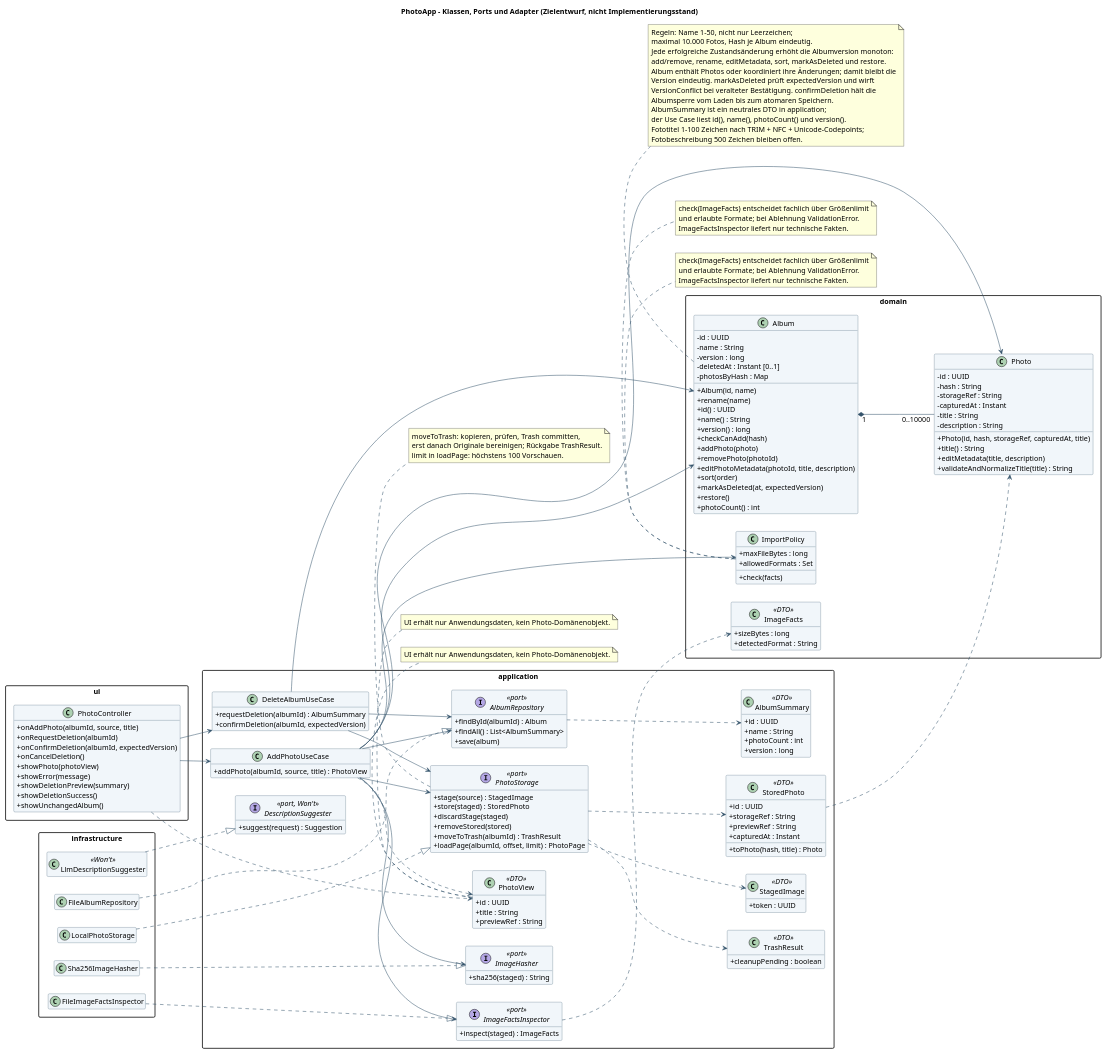
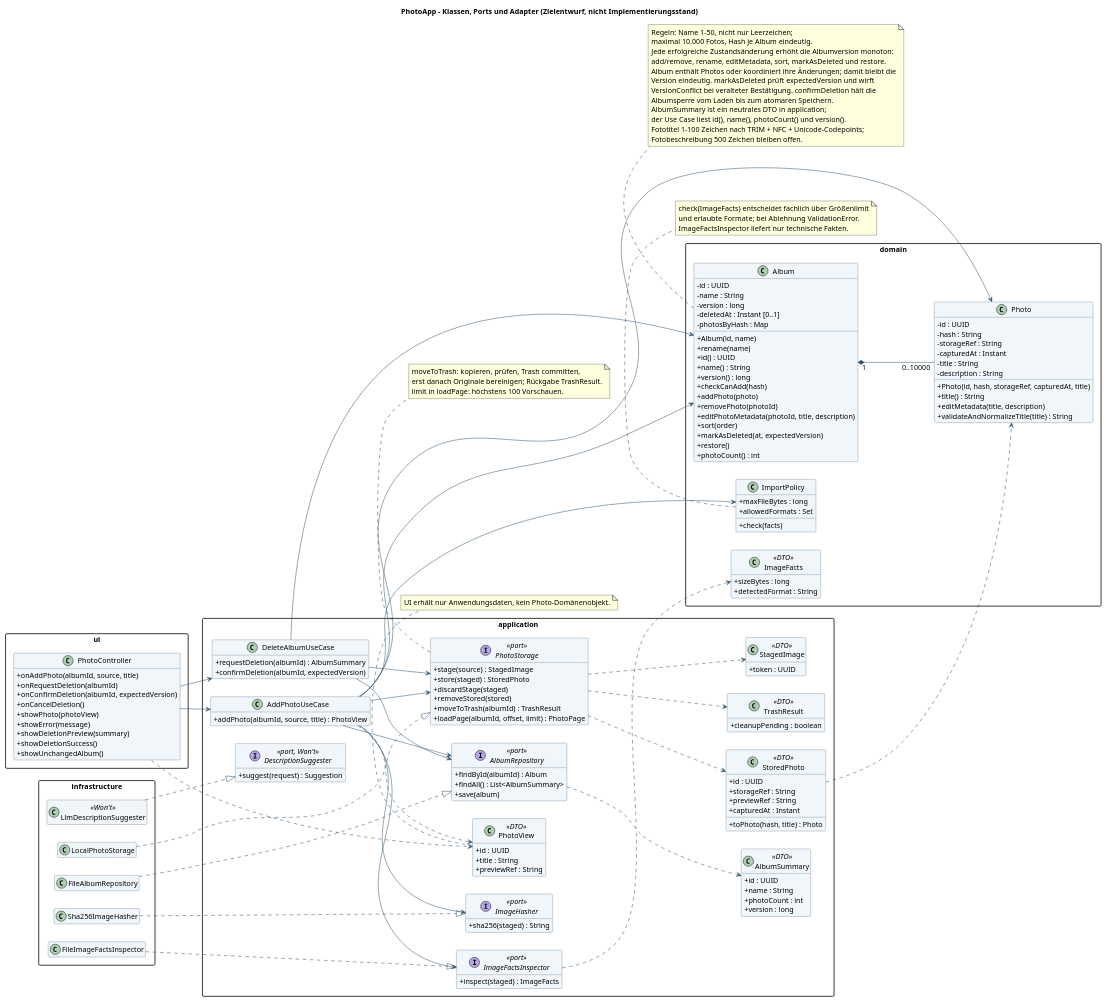
Before and after one commit to ichessebaeume1/PhotoApp: the diagram in docs/design/klassen.puml, drawn with PlantUML. The commit also changed 4 other files, not shown here.

```diff
--- a/docs/design/klassen.puml
+++ b/docs/design/klassen.puml
@@ -1,193 +1,185 @@
 @startuml
 skinparam backgroundColor white
 skinparam shadowing false
 skinparam defaultFontName SansSerif
 skinparam defaultFontSize 14
 skinparam classAttributeIconSize 0
 skinparam packageStyle rectangle
 skinparam ArrowColor #34536B
 skinparam classBackgroundColor #F1F6FA
 skinparam classBorderColor #34536B
 title PhotoApp – Klassen, Ports und Adapter (Zielentwurf, nicht Implementierungsstand)
 left to right direction
 hide empty members
 package "domain" {
 class Album {
  - id : UUID
  - name : String
  - version : long
  - deletedAt : Instant [0..1]
  - photosByHash : Map
  + Album(id, name)
  + rename(name)
  + id() : UUID
  + name() : String
  + version() : long
  + checkCanAdd(hash)
  + addPhoto(photo)
  + removePhoto(photoId)
  + editPhotoMetadata(photoId, title, description)
  + sort(order)
  + markAsDeleted(at, expectedVersion)
  + restore()
  + photoCount() : int
 }
 class Photo {
  - id : UUID
  - hash : String
  - storageRef : String
  - capturedAt : Instant
  - title : String
  - description : String
  + Photo(id, hash, storageRef, capturedAt, title)
  + title() : String
  + editMetadata(title, description)
  + validateAndNormalizeTitle(title) : String
 }
 class ImportPolicy {
  + maxFileBytes : long
  + allowedFormats : Set
  + check(facts)
 }
 class ImageFacts <<DTO>> {
  + sizeBytes : long
  + detectedFormat : String
 }
 Album "1" *-- "0..10000" Photo
 }
 package "application" {
 class AddPhotoUseCase {
  + addPhoto(albumId, source, title) : PhotoView
 }
 class DeleteAlbumUseCase {
  + requestDeletion(albumId) : AlbumSummary
  + confirmDeletion(albumId, expectedVersion)
 }
 class AlbumSummary <<DTO>> {
  + id : UUID
  + name : String
  + photoCount : int
  + version : long
 }
 class StagedImage <<DTO>> {
  + token : UUID
 }
 class StoredPhoto <<DTO>> {
  + id : UUID
  + storageRef : String
  + previewRef : String
  + capturedAt : Instant
  + toPhoto(hash, title) : Photo
 }
 class PhotoView <<DTO>> {
  + id : UUID
  + title : String
  + previewRef : String
 }
 class TrashResult <<DTO>> {
  + cleanupPending : boolean
 }
 interface AlbumRepository <<port>> {
  + findById(albumId) : Album
  + findAll() : List<AlbumSummary>
  + save(album)
 }
 interface PhotoStorage <<port>> {
  + stage(source) : StagedImage
  + store(staged) : StoredPhoto
  + discardStage(staged)
  + removeStored(stored)
  + moveToTrash(albumId) : TrashResult
  + loadPage(albumId, offset, limit) : PhotoPage
 }
 interface ImageFactsInspector <<port>> {
  + inspect(staged) : ImageFacts
 }
 interface ImageHasher <<port>> {
  + sha256(staged) : String
 }
 interface DescriptionSuggester <<port, Won't>> {
  + suggest(request) : Suggestion
 }
 AddPhotoUseCase --> Album
 AddPhotoUseCase --> AlbumRepository
 AddPhotoUseCase --> PhotoStorage
 AddPhotoUseCase --> ImageFactsInspector
 AddPhotoUseCase --> ImageHasher
 AddPhotoUseCase --> ImportPolicy
 AddPhotoUseCase --> Photo
 DeleteAlbumUseCase --> AlbumRepository
 DeleteAlbumUseCase --> PhotoStorage
 DeleteAlbumUseCase --> Album
 AlbumRepository ..> AlbumSummary
 PhotoStorage ..> StagedImage
 PhotoStorage ..> StoredPhoto
 PhotoStorage ..> TrashResult
 StoredPhoto ..> Photo
 AddPhotoUseCase ..> PhotoView
 ImageFactsInspector ..> ImageFacts
 }
 package "infrastructure" {
 class FileAlbumRepository
 class LocalPhotoStorage
 class FileImageFactsInspector
 class Sha256ImageHasher
 class LlmDescriptionSuggester <<Won't>>
 FileAlbumRepository ..|> AlbumRepository
 LocalPhotoStorage ..|> PhotoStorage
 FileImageFactsInspector ..|> ImageFactsInspector
 Sha256ImageHasher ..|> ImageHasher
 LlmDescriptionSuggester ..|> DescriptionSuggester
 }
 package "ui" {
 class PhotoController {
  + onAddPhoto(albumId, source, title)
  + onRequestDeletion(albumId)
  + onConfirmDeletion(albumId, expectedVersion)
  + onCancelDeletion()
  + showPhoto(photoView)
  + showError(message)
  + showDeletionPreview(summary)
  + showDeletionSuccess()
  + showUnchangedAlbum()
 }
 PhotoController --> AddPhotoUseCase
 PhotoController --> DeleteAlbumUseCase
 PhotoController ..> PhotoView
 }
 note bottom of Album
 Regeln: Name 1–50, nicht nur Leerzeichen;
 maximal 10.000 Fotos, Hash je Album eindeutig.
 Jede erfolgreiche Zustandsänderung erhöht die Albumversion monoton:
 add/remove, rename, editMetadata, sort, markAsDeleted und restore.
 Album enthält Photos oder koordiniert ihre Änderungen; damit bleibt die
 Version eindeutig. markAsDeleted prüft expectedVersion und wirft
 VersionConflict bei veralteter Bestätigung. confirmDeletion hält die
 Albumsperre vom Laden bis zum atomaren Speichern.
 AlbumSummary ist ein neutrales DTO in application;
 der Use Case liest id(), name(), photoCount() und version().
 Fototitel 1–100 Zeichen nach TRIM + NFC + Unicode-Codepoints;
 Fotobeschreibung 500 Zeichen bleiben offen.
 end note
 note bottom of ImportPolicy
 check(ImageFacts) entscheidet fachlich über Größenlimit
 und erlaubte Formate; bei Ablehnung ValidationError.
 ImageFactsInspector liefert nur technische Fakten.
 end note
 note bottom of PhotoView
 UI erhält nur Anwendungsdaten, kein Photo-Domänenobjekt.
 end note
-note bottom of ImportPolicy
-check(ImageFacts) entscheidet fachlich über Größenlimit
-und erlaubte Formate; bei Ablehnung ValidationError.
-ImageFactsInspector liefert nur technische Fakten.
-end note
-note bottom of PhotoView
-UI erhält nur Anwendungsdaten, kein Photo-Domänenobjekt.
-end note
 note bottom of PhotoStorage
 moveToTrash: kopieren, prüfen, Trash committen,
 erst danach Originale bereinigen; Rückgabe TrashResult.
 limit in loadPage: höchstens 100 Vorschauen.
 end note
 @enduml
```
